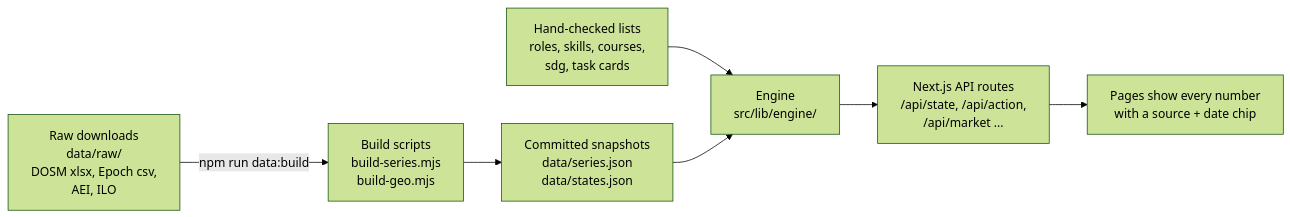
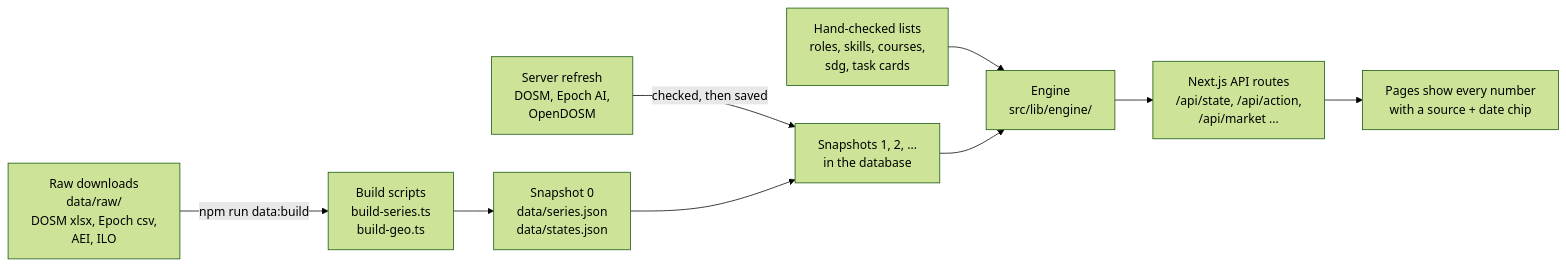
The second of 2 diagrams in README.md (yabgzichien/SDCHack-slaynergy), drawn with Mermaid (forest theme) before and after one commit. The commit also changed other lines of this file and 52 other files, not shown here.

First line of the commit message:
Add data auto-refresh; tidy course, fairness and forecast wording

````diff
--- a/README.md
+++ b/README.md
@@ -140,9 +140,11 @@
 ```mermaid
 flowchart LR
-    R[Raw downloads<br/>data/raw/<br/>DOSM xlsx, Epoch csv,<br/>AEI, ILO] -->|npm run data:build| S[Build scripts<br/>build-series.mjs<br/>build-geo.mjs]
-    S --> J[Committed snapshots<br/>data/series.json<br/>data/states.json]
+    R[Raw downloads<br/>data/raw/<br/>DOSM xlsx, Epoch csv,<br/>AEI, ILO] -->|npm run data:build| S[Build scripts<br/>build-series.ts<br/>build-geo.ts]
+    S --> J[Snapshot 0<br/>data/series.json<br/>data/states.json]
+    F[Server refresh<br/>DOSM, Epoch AI,<br/>OpenDOSM] -->|checked, then saved| D[Snapshots 1, 2, ...<br/>in the database]
+    J --> D
     L[Hand-checked lists<br/>roles, skills, courses,<br/>sdg, task cards] --> E
-    J --> E[Engine<br/>src/lib/engine/]
+    D --> E[Engine<br/>src/lib/engine/]
     E --> API[Next.js API routes<br/>/api/state, /api/action,<br/>/api/market ...]
     API --> UI[Pages show every number<br/>with a source + date chip]
 ```
````
